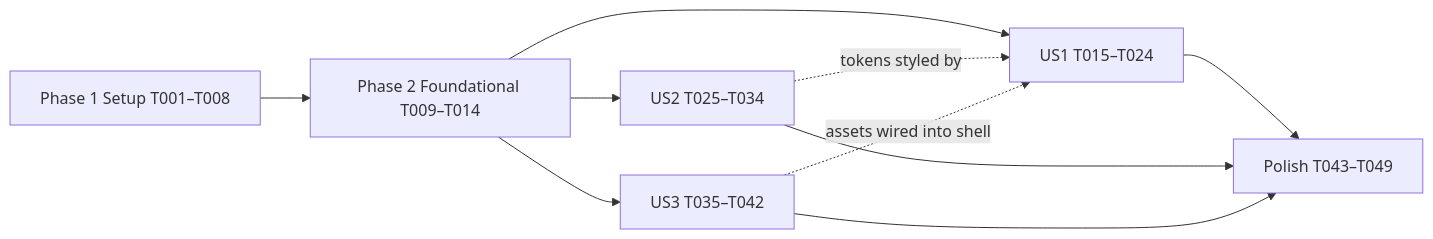
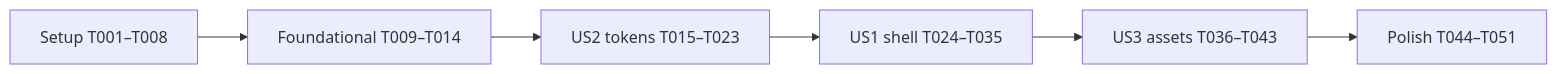
Before and after one commit to MostafaAbdElFatah/MostafaAbdElFatah.github.io: the diagram in specs/001-foundation-and-tokens/tasks.md, drawn with Mermaid. The commit also changed other lines of this file, not shown here.

````diff
--- a/specs/001-foundation-and-tokens/tasks.md
+++ b/specs/001-foundation-and-tokens/tasks.md
@@ -140,12 +1719,8 @@
 ```mermaid
 flowchart LR
-  S["Phase 1 Setup T001–T008"] --> F["Phase 2 Foundational T009–T014"]
-  F --> US1["US1 T015–T024"]
-  F --> US2["US2 T025–T034"]
-  F --> US3["US3 T035–T042"]
-  US2 -. "tokens styled by" .-> US1
-  US3 -. "assets wired into shell" .-> US1
-  US1 --> P["Polish T043–T049"]
-  US2 --> P
-  US3 --> P
+  S["Setup T001–T008"] --> F["Foundational T009–T014"]
+  F --> US2["US2 tokens T015–T023"]
+  US2 --> US1["US1 shell T024–T035"]
+  US1 --> US3["US3 assets T036–T043"]
+  US3 --> P["Polish T044–T051"]
 ```
````
